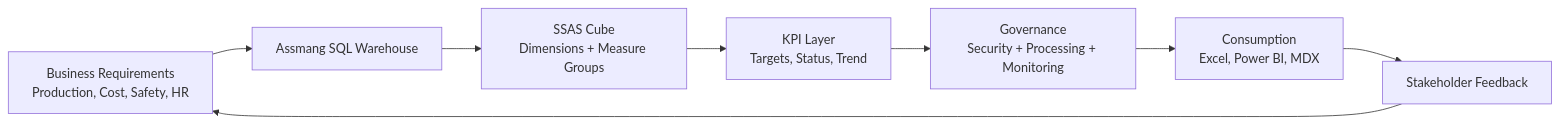
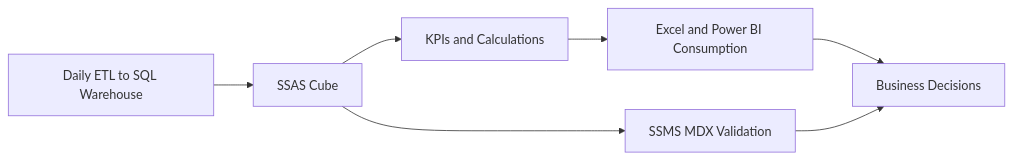
One commit to kumbulanit/SSAS-Fundamentals-SQL-Server-Analysis-Services changed the first of 5 diagrams in Day-02/real-world-ssas-implementation-at-assmang/real-world-ssas-implementation-at-assmang-theory.md. Above: the diagram before and after it, drawn with Mermaid. The commit also changed other lines of this file and 23 other files, not shown here.

````diff
--- a/Day-02/real-world-ssas-implementation-at-assmang/real-world-ssas-implementation-at-assmang-theory.md
+++ b/Day-02/real-world-ssas-implementation-at-assmang/real-world-ssas-implementation-at-assmang-theory.md
@@ -409,10 +272,9 @@
 ```mermaid
 flowchart LR
-   BR[Business Requirements\nProduction, Cost, Safety, HR] --> DW[Assmang SQL Warehouse]
-   DW --> SSAS[SSAS Cube\nDimensions + Measure Groups]
-   SSAS --> KPI[KPI Layer\nTargets, Status, Trend]
-   KPI --> GOV[Governance\nSecurity + Processing + Monitoring]
-   GOV --> CONS[Consumption\nExcel, Power BI, MDX]
-   CONS --> FB[Stakeholder Feedback]
-   FB --> BR
+    A[Daily ETL to SQL Warehouse] --> B[SSAS Cube]
+    B --> C[KPIs and Calculations]
+    C --> D[Excel and Power BI Consumption]
+    B --> E[SSMS MDX Validation]
+    D --> F[Business Decisions]
+    E --> F
 ```
````
